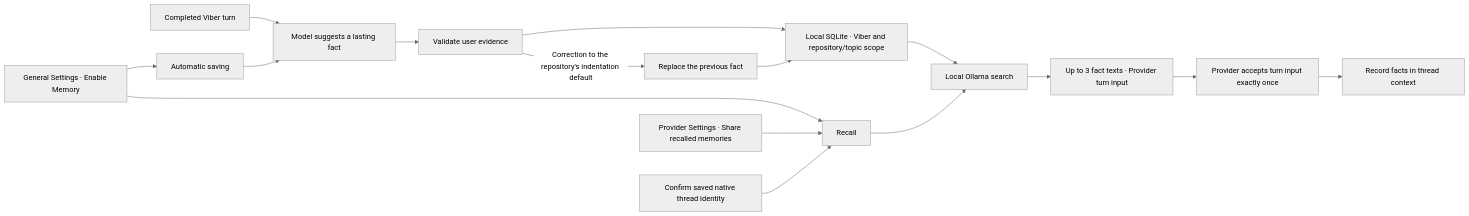
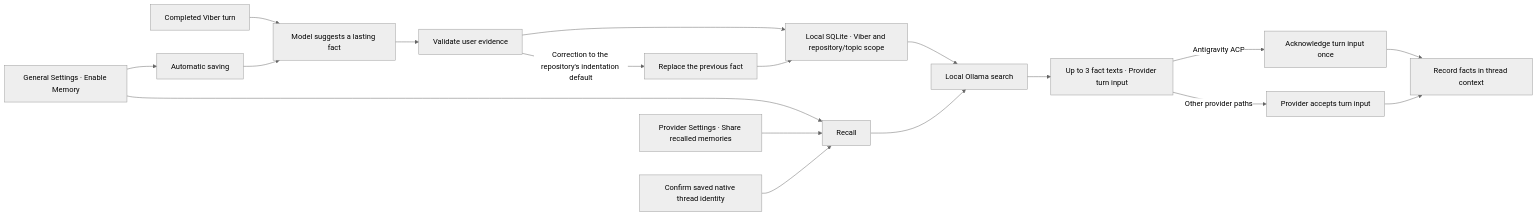
Before and after one commit to akshajrawat/akkco-vibestar: the second of 3 diagrams in FEATUREMAP.md, drawn with Mermaid (neutral theme). The commit also changed other lines of this file and 13 other files, not shown here.

````diff
--- a/FEATUREMAP.md
+++ b/FEATUREMAP.md
@@ -97,14 +110,15 @@
 ```mermaid
 flowchart LR
     Viber["Completed Viber turn"] --> Suggest["Model suggests a lasting fact"]
     Settings["General Settings · Enable Memory"] --> Learn["Automatic saving"]
     Settings --> Recall["Recall"]
     Permissions["Provider Settings · Share recalled memories"] --> Recall
     Learn --> Suggest --> Evidence["Validate user evidence"]
     Evidence --> Storage["Local SQLite · Viber and repository/topic scope"]
     Evidence -- "Correction to the repository's indentation default" --> Replace["Replace the previous fact"] --> Storage
     Storage --> Ollama["Local Ollama search"]
     Confirm["Confirm saved native thread identity"] --> Recall
     Recall --> Ollama --> Share["Up to 3 fact texts · Provider turn input"]
-    Share --> Accept["Provider accepts turn input exactly once"] --> Record["Record facts in thread context"]
+    Share -- "Antigravity ACP" --> AcceptACP["Acknowledge turn input once"] --> Record["Record facts in thread context"]
+    Share -- "Other provider paths" --> Accept["Provider accepts turn input"] --> Record
 ```
````
